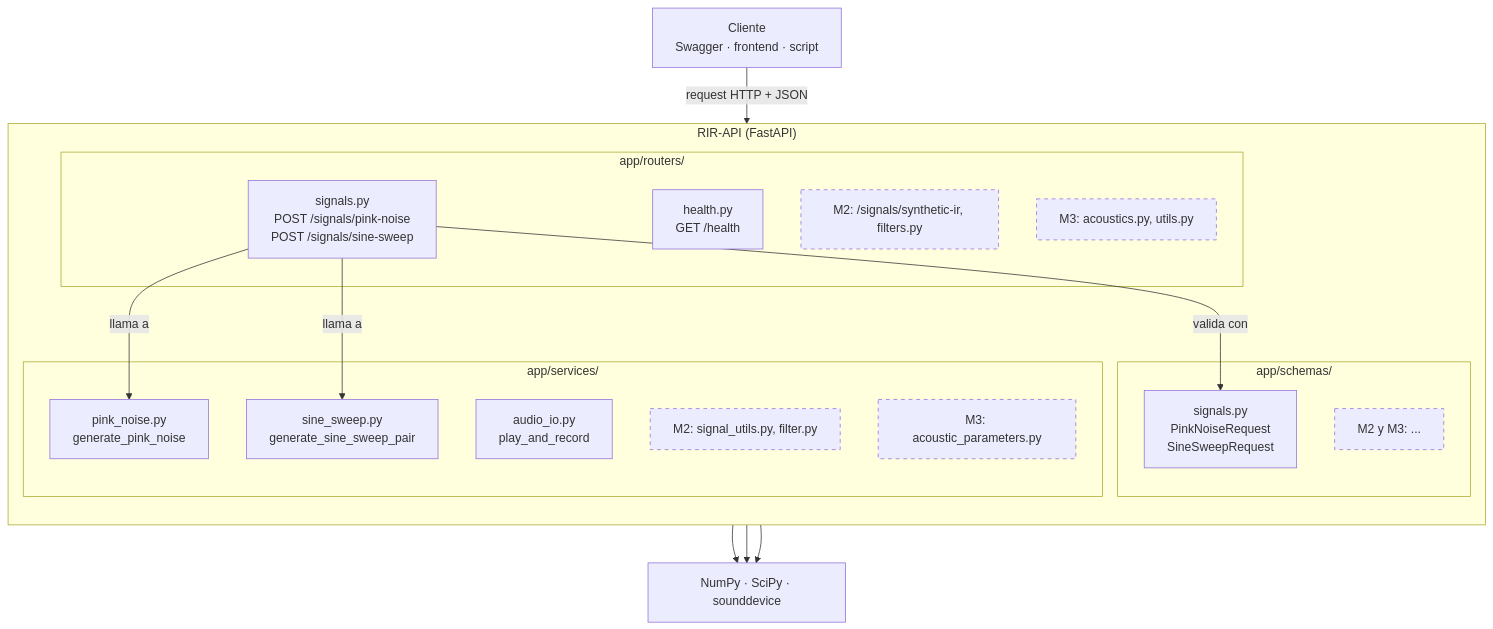
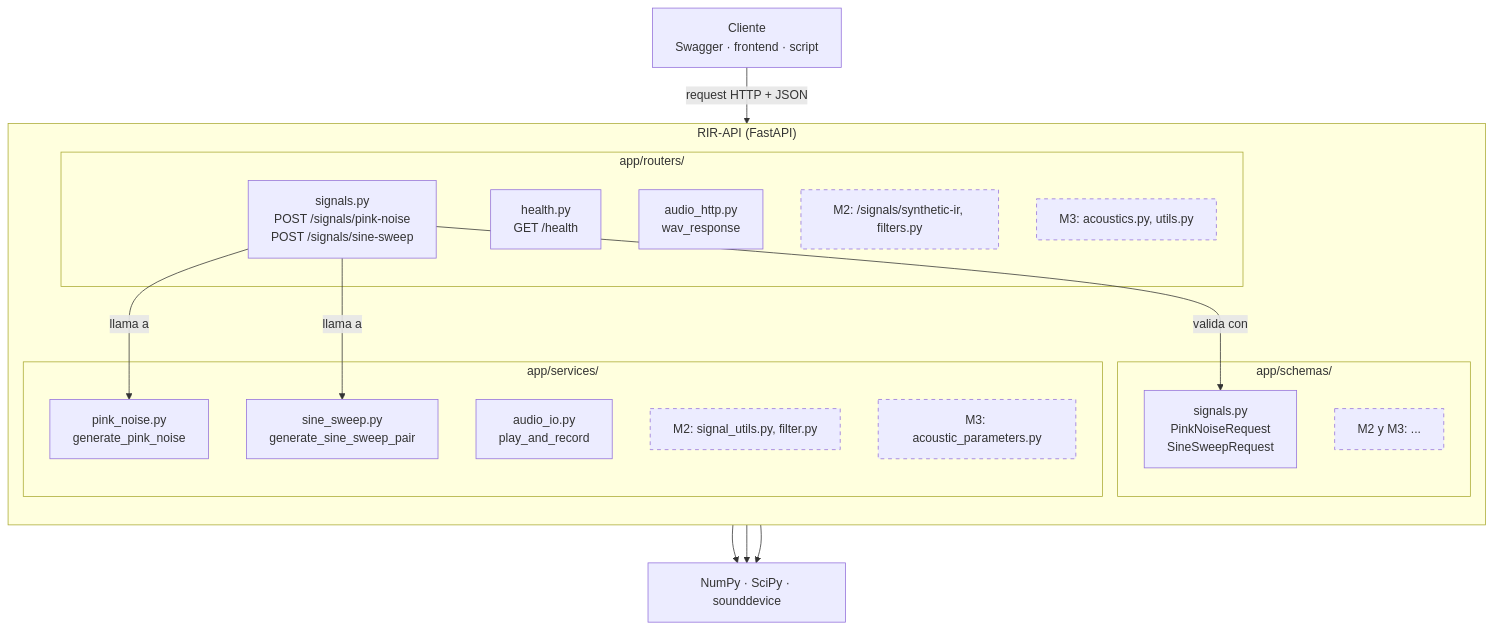
Before and after one commit to alejo1129/rir-api: the diagram in README.md, drawn with Mermaid.

````diff
--- a/README.md
+++ b/README.md
@@ -70,34 +70,35 @@
 ```mermaid
 flowchart TB
     C["Cliente<br/>Swagger · frontend · script"]
     subgraph API["RIR-API (FastAPI)"]
         direction TB
         subgraph R["app/routers/"]
             RH["health.py<br/>GET /health"]
+            RAH["audio_http.py<br/>wav_response"]
             RS["signals.py<br/>POST /signals/pink-noise<br/>POST /signals/sine-sweep"]
             RM2["M2: /signals/synthetic-ir, filters.py"]
             RM3["M3: acoustics.py, utils.py"]
         end
         subgraph SC["app/schemas/"]
             SS["signals.py<br/>PinkNoiseRequest<br/>SineSweepRequest"]
             SM["M2 y M3: ..."]
         end
         subgraph SV["app/services/"]
             PN["pink_noise.py<br/>generate_pink_noise"]
             SW["sine_sweep.py<br/>generate_sine_sweep_pair"]
             IO["audio_io.py<br/>play_and_record"]
             VM2["M2: signal_utils.py, filter.py"]
             VM3["M3: acoustic_parameters.py"]
         end
     end
     L["NumPy · SciPy · sounddevice"]
     C -->|"request HTTP + JSON"| RS
     RS -->|"valida con"| SS
     RS -->|"llama a"| PN
     RS -->|"llama a"| SW
     PN --> L
     SW --> L
     IO --> L
     classDef pendiente stroke-dasharray: 5 5
     class RM2,RM3,SM,VM2,VM3 pendiente
 ```
````
